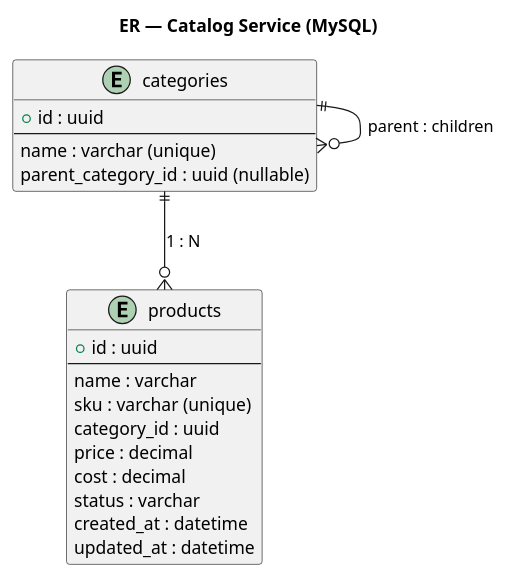
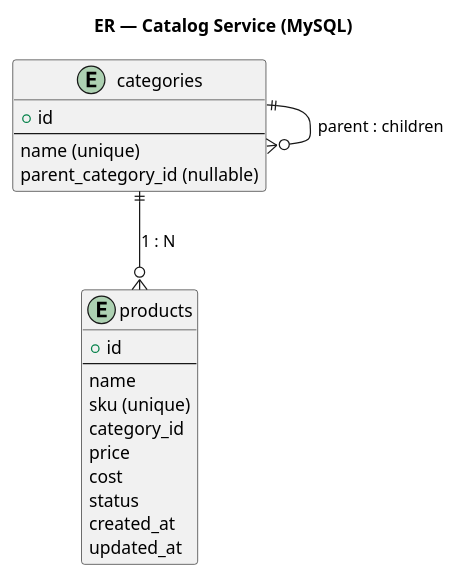
Before and after one commit to kshchuk/uni: the diagram in 9-sem/Info/docs/er/catalog_er.puml, drawn with PlantUML. The commit also changed other lines of this file and 55 other files, not shown here.

Commit message:
fixed deployment diagram

```diff
--- a/9-sem/Info/docs/er/catalog_er.puml
+++ b/9-sem/Info/docs/er/catalog_er.puml
@@ -1,27 +1,27 @@
 @startuml Catalog_ER
 title ER — Catalog Service (MySQL)
 
 entity "categories" as CAT {
-  + id : uuid
+  + id
   --
-  name : varchar (unique)
-  parent_category_id : uuid (nullable)
+  name (unique)
+  parent_category_id (nullable)
 }
 
 entity "products" as P {
-  + id : uuid
+  + id
   --
-  name : varchar
-  sku : varchar (unique)
-  category_id : uuid
-  price : decimal
-  cost : decimal
-  status : varchar
-  created_at : datetime
-  updated_at : datetime
+  name
+  sku (unique)
+  category_id
+  price
+  cost
+  status
+  created_at
+  updated_at
 }
 
 CAT ||--o{ CAT : "parent : children"
 CAT ||--o{ P   : "1 : N"
 
 @enduml
```
